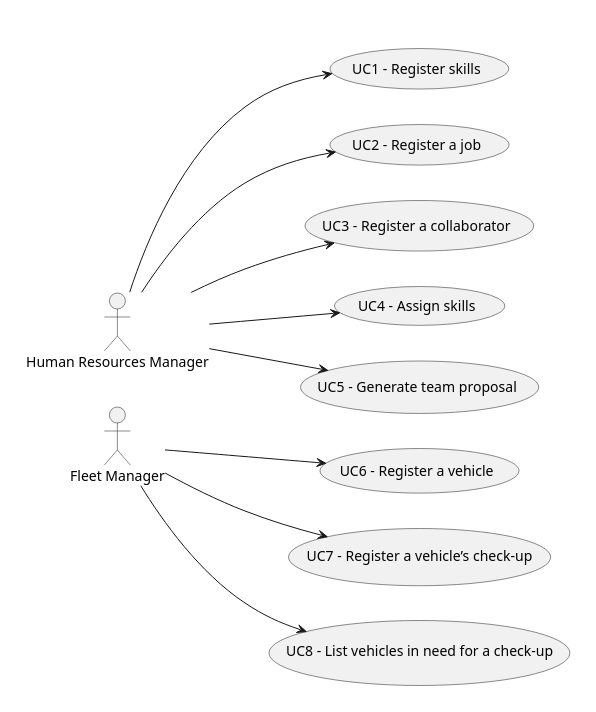
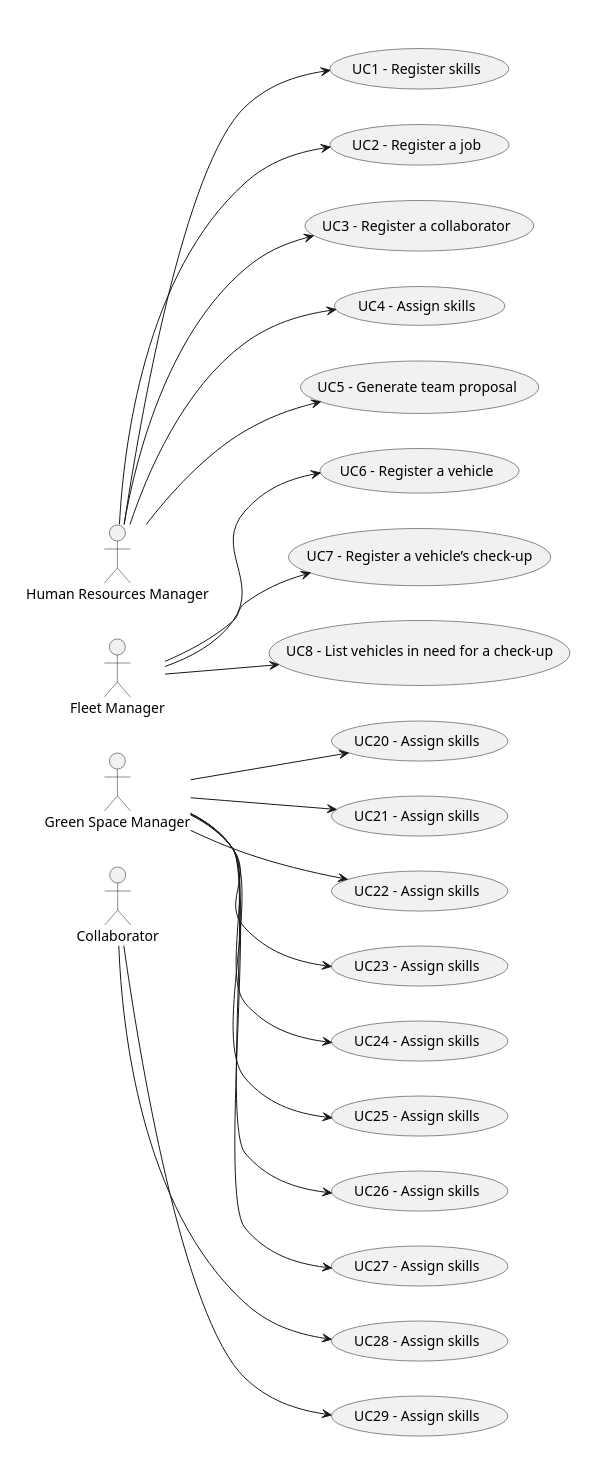
The diagram in docs/sprintC/global-artifacts/01.requirements-engineering/puml/use-case-diagram.puml (Departamento-de-Engenharia-Informatica/lei-24-s2-1dl-g121), drawn with PlantUML before and after one commit.

Commit message:
use case diagram update

```diff
--- a/docs/sprintC/global-artifacts/01.requirements-engineering/puml/use-case-diagram.puml
+++ b/docs/sprintC/global-artifacts/01.requirements-engineering/puml/use-case-diagram.puml
@@ -1,38 +1,71 @@
 @startuml
 'skinparam monochrome true
 skinparam packageStyle rectangle
 'skinparam shadowing false
 
 skinparam rectangle{
     BorderColor white
 }
 
 'title Use Case Diagram Example
 
 left to right direction
 
 rectangle " " as actors {
     actor "Human Resources Manager" as Freelancer
     actor "Fleet Manager" as Employee
+    actor "Green Space Manager" as act
+    actor "Collaborator" as actore
 }
 
 rectangle " " as usecases{
     usecase "UC1 - Register skills" as UC1
     usecase "UC2 - Register a job" as UC2
     usecase "UC3 - Register a collaborator" as UC3
     usecase "UC4 - Assign skills" as UC4
     usecase "UC5 - Generate team proposal" as UC5
+    usecase "UC6 - Assign skills" as UC6
+    usecase "UC7 - Assign skills" as UC7
+    usecase "UC8 - Assign skills" as UC8
+    usecase "UC20 - Assign skills" as UC20
+    usecase "UC21 - Assign skills" as UC21
+    usecase "UC22 - Assign skills" as UC22
+    usecase "UC23 - Assign skills" as UC23
+    usecase "UC24 - Assign skills" as UC24
+    usecase "UC25 - Assign skills" as UC25
+    usecase "UC26 - Assign skills" as UC26
+    usecase "UC27 - Assign skills" as UC27
+    usecase "UC28 - Assign skills" as UC28
+    usecase "UC29 - Assign skills" as UC29
+
     Freelancer --> UC1
     Freelancer --> UC2
     Freelancer --> UC3
     Freelancer --> UC4
     Freelancer --> UC5
     usecase "UC6 - Register a vehicle" as UC6
     usecase "UC7 - Register a vehicle’s check-up" as UC7
     usecase "UC8 - List vehicles in need for a check-up" as UC8
     Employee --> UC6
     Employee --> UC7
     Employee --> UC8
+    act --> UC20
+    act --> UC21
+    act --> UC22
+    act --> UC23
+    act --> UC24
+    act --> UC25
+    act --> UC26
+    act --> UC27
+    actore --> UC28
+    actore --> UC29
+
+
+
+
+
+
+
 
 
 @enduml
```
